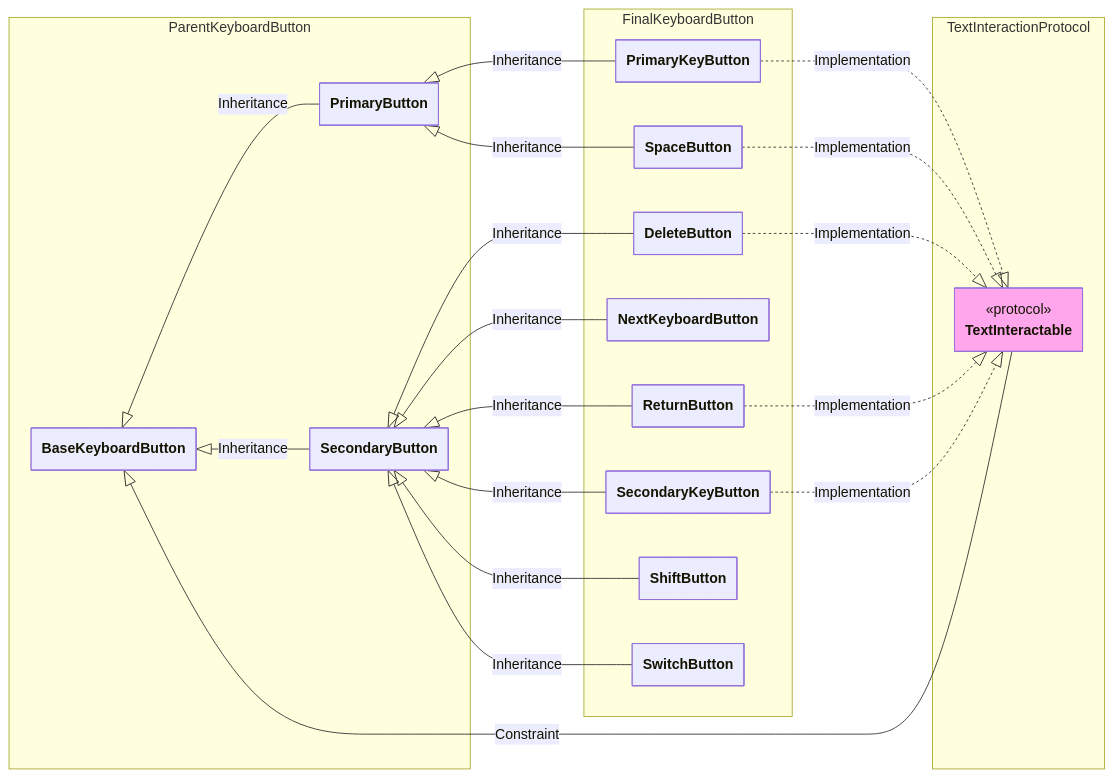
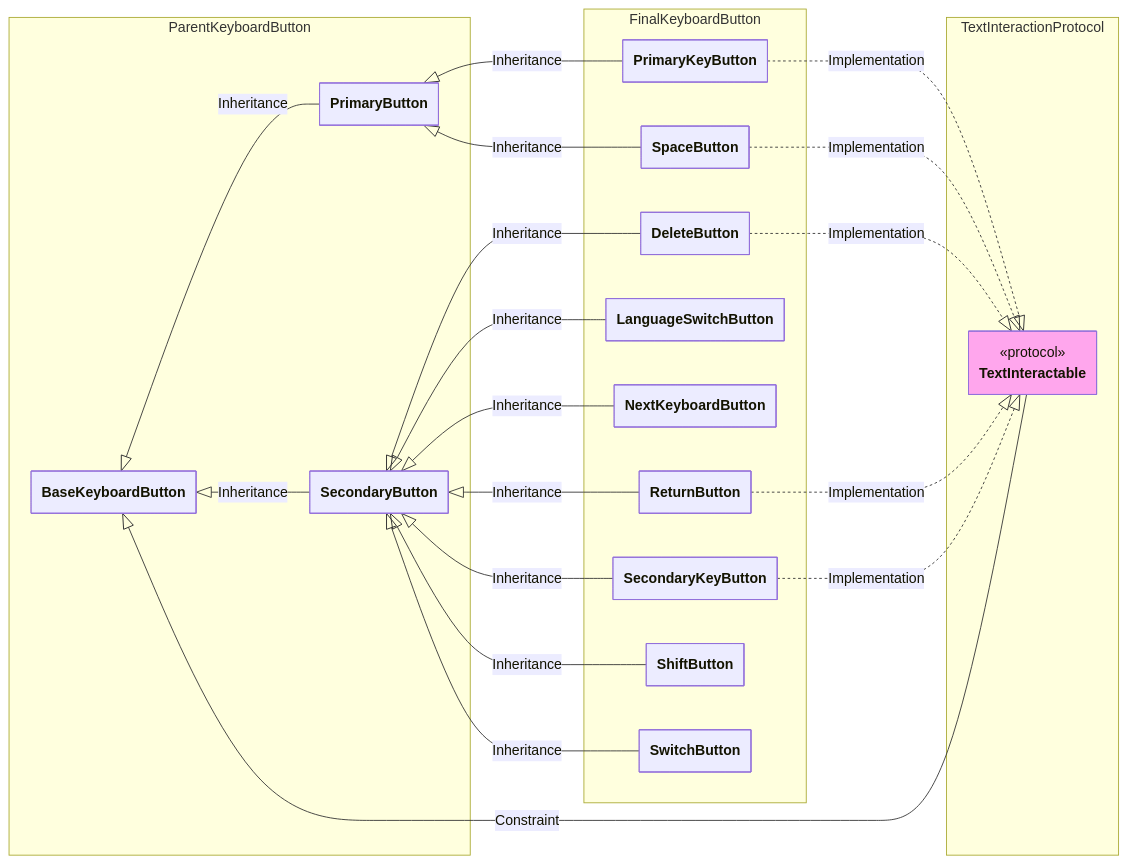
Before and after one commit to SNMac/SYKeyboard: the sixth of 6 diagrams in README.md, drawn with Mermaid. The commit also changed other lines of this file, not shown here.

First line of the commit message:
docs: #53 - README 다이어그램 분리·최신화와 프로젝트 정보 정정

````diff
--- a/README.md
+++ b/README.md
@@ -603,66 +731,68 @@
 ``` mermaid
 %%{
   init: {
     "theme": "default",
     "fontFamily": "monospace",
     "elk": {
         "mergeEdges": false,
         "nodePlacementStrategy": "BRANDES_KOEPF",
         "forceNodeModelOrder": false,
         "considerModelOrder": "NODES_AND_EDGES"
     },
     "class": {
         "hideEmptyMembersBox": true
     }
   }
 }%%
 classDiagram
 direction LR
     %% Keyboard Button
     namespace TextInteractionProtocol {
       class TextInteractable
     }
 
     namespace ParentKeyboardButton {
       class BaseKeyboardButton
       class PrimaryButton
       class SecondaryButton
     }
 
     namespace FinalKeyboardButton {
       class PrimaryKeyButton
       class SpaceButton
       class SecondaryKeyButton
       class ShiftButton
       class DeleteButton
       class SwitchButton
+      class LanguageSwitchButton
       class NextKeyboardButton
       class ReturnButton
     }
 
     class TextInteractable:::SYKeyboard_primary { <<protocol>> }
 
     BaseKeyboardButton <|-- PrimaryButton: Inheritance
     BaseKeyboardButton <|-- SecondaryButton: Inheritance
     BaseKeyboardButton <|-- TextInteractable: Constraint
 
     PrimaryButton <|-- PrimaryKeyButton: Inheritance
     PrimaryButton <|-- SpaceButton: Inheritance
 
     PrimaryKeyButton ..|> TextInteractable: Implementation
 
     SecondaryButton <|-- DeleteButton: Inheritance
+    SecondaryButton <|-- LanguageSwitchButton: Inheritance
     SecondaryButton <|-- NextKeyboardButton: Inheritance
     SecondaryButton <|-- ReturnButton: Inheritance
     SecondaryButton <|-- SecondaryKeyButton: Inheritance
     SecondaryButton <|-- ShiftButton: Inheritance
     SecondaryButton <|-- SwitchButton: Inheritance
 
     SecondaryKeyButton ..|> TextInteractable: Implementation
 
     DeleteButton ..|> TextInteractable: Implementation
     ReturnButton ..|> TextInteractable: Implementation
     SpaceButton ..|> TextInteractable: Implementation
 
     classDef SYKeyboard_primary fill:#ffa6ed
 ```
````
